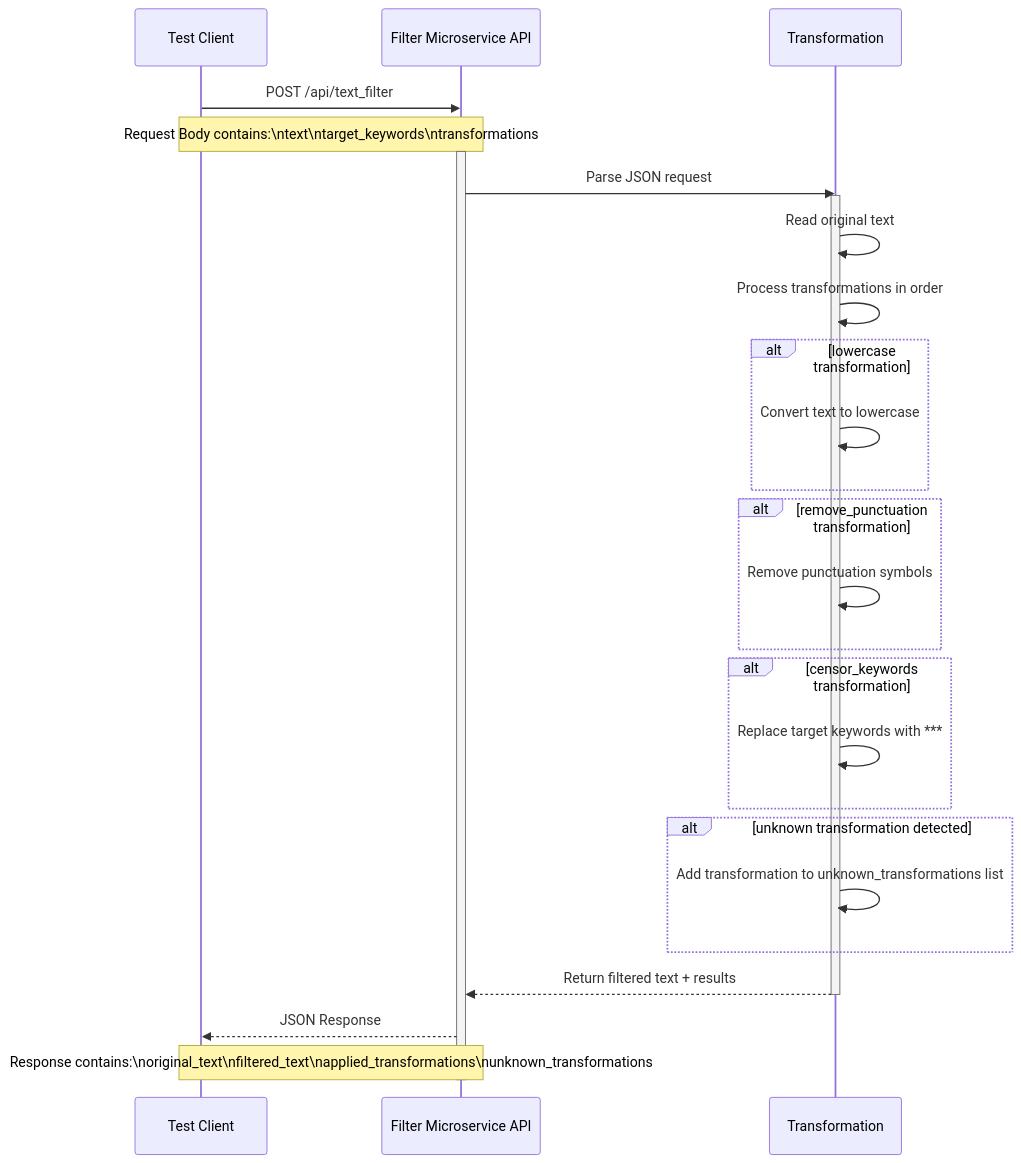
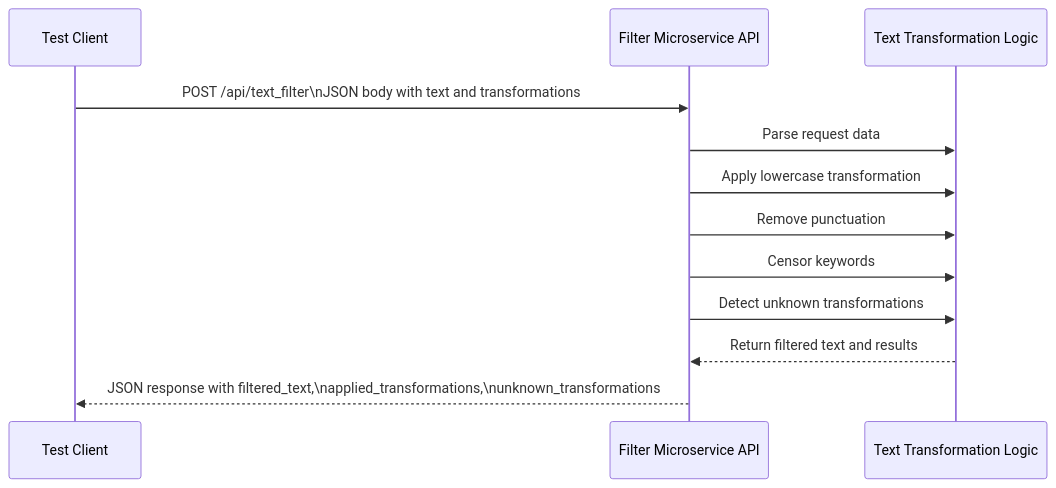
The diagram in README.md (dotdyl/cs361-filter-microservice), drawn with Mermaid before and after one commit. The commit also changed other lines of this file, not shown here.

````diff
--- a/README.md
+++ b/README.md
@@ -75,43 +75,18 @@
 ```mermaid
 sequenceDiagram
     participant Client as Test Client
     participant API as Filter Microservice API
-    participant Logic as Transformation 
+    participant Logic as Text Transformation Logic
 
-    Client->>API: POST /api/text_filter
+    Client->>API: POST /api/text_filter\nJSON body with text and transformations
 
-    Note over Client,API: Request Body contains:\ntext\ntarget_keywords\ntransformations
+    API->>Logic: Parse request data
+    API->>Logic: Apply lowercase transformation
+    API->>Logic: Remove punctuation
+    API->>Logic: Censor keywords
+    API->>Logic: Detect unknown transformations
 
-    activate API
+    Logic-->>API: Return filtered text and results
 
-    API->>Logic: Parse JSON request
-    activate Logic
-
-    Logic->>Logic: Read original text
-    Logic->>Logic: Process transformations in order
-
-    alt lowercase transformation
-        Logic->>Logic: Convert text to lowercase
-    end
-
-    alt remove_punctuation transformation
-        Logic->>Logic: Remove punctuation symbols
-    end
-
-    alt censor_keywords transformation
-        Logic->>Logic: Replace target keywords with ***
-    end
-
-    alt unknown transformation detected
-        Logic->>Logic: Add transformation to unknown_transformations list
-    end
-
-    Logic-->>API: Return filtered text + results
-    deactivate Logic
-
-    API-->>Client: JSON Response
-
-    Note over API,Client: Response contains:\noriginal_text\nfiltered_text\napplied_transformations\nunknown_transformations
-
-    deactivate API
+    API-->>Client: JSON response with filtered_text,\napplied_transformations,\nunknown_transformations
 ```
````
